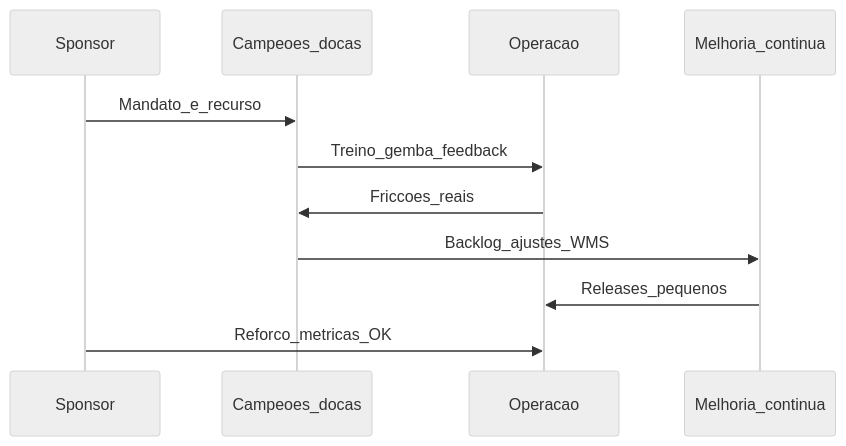
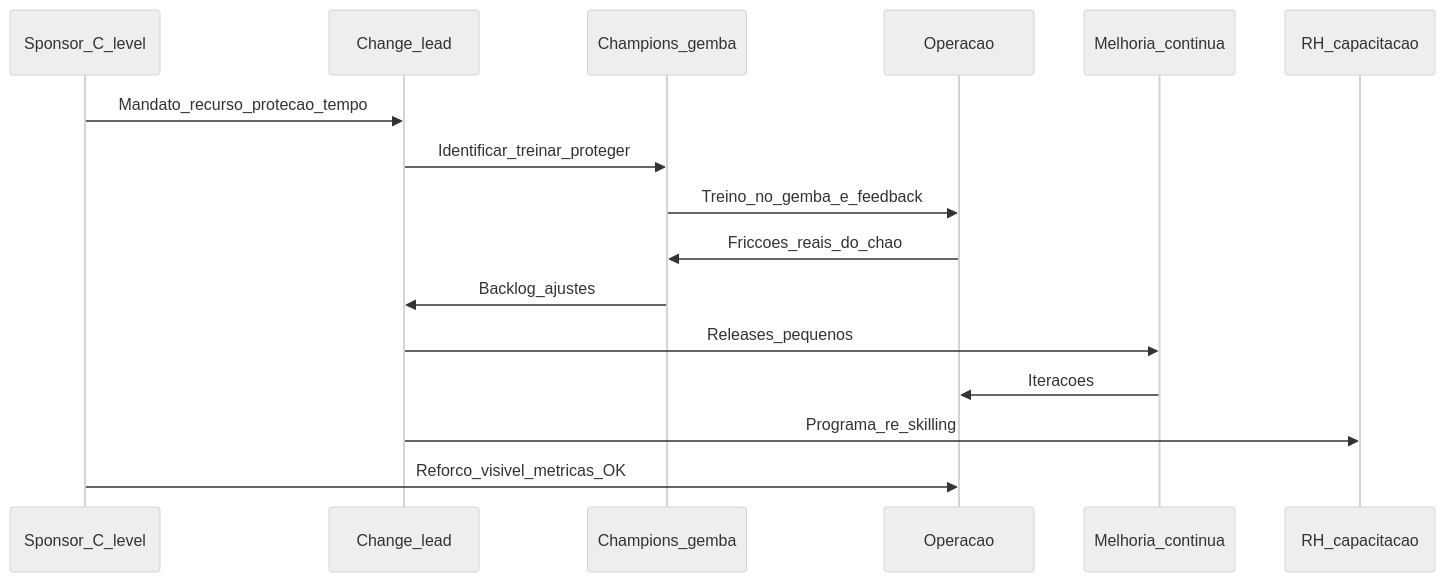
One commit to cleberhensel/logisticon-academy changed the second of 3 diagrams in aulas/trilha-automacao-e-digitalizacao/modulo-04-transformacao-digital-supply-chain/aula-03-mudanca-cultural-kpis-adocao.md. Above: the diagram before and after it, drawn with Mermaid (neutral theme). The commit also changed other lines of this file and 122 other files, not shown here.

````diff
--- a/aulas/trilha-automacao-e-digitalizacao/modulo-04-transformacao-digital-supply-chain/aula-03-mudanca-cultural-kpis-adocao.md
+++ b/aulas/trilha-automacao-e-digitalizacao/modulo-04-transformacao-digital-supply-chain/aula-03-mudanca-cultural-kpis-adocao.md
@@ -46,13 +123,18 @@
 ```mermaid
 sequenceDiagram
-  participant S as Sponsor
-  participant C as Campeoes_docas
+  participant S as Sponsor_C_level
+  participant CL as Change_lead
+  participant C as Champions_gemba
   participant O as Operacao
   participant M as Melhoria_continua
-  S->>C: Mandato_e_recurso
-  C->>O: Treino_gemba_feedback
-  O->>C: Friccoes_reais
-  C->>M: Backlog_ajustes_WMS
-  M->>O: Releases_pequenos
-  S->>O: Reforco_metricas_OK
+  participant RH as RH_capacitacao
+  S->>CL: Mandato_recurso_protecao_tempo
+  CL->>C: Identificar_treinar_proteger
+  C->>O: Treino_no_gemba_e_feedback
+  O->>C: Friccoes_reais_do_chao
+  C->>CL: Backlog_ajustes
+  CL->>M: Releases_pequenos
+  M->>O: Iteracoes
+  CL->>RH: Programa_re_skilling
+  S->>O: Reforco_visivel_metricas_OK
 ```
````
